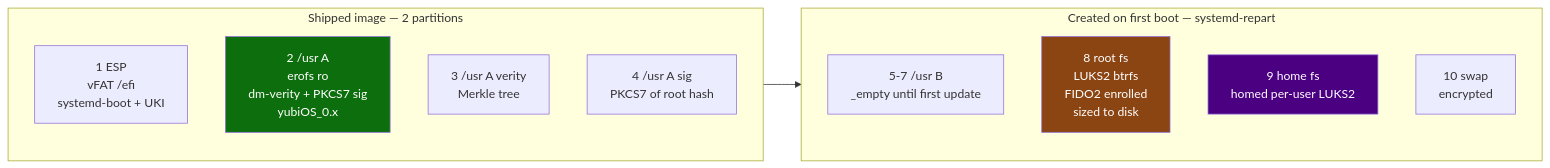
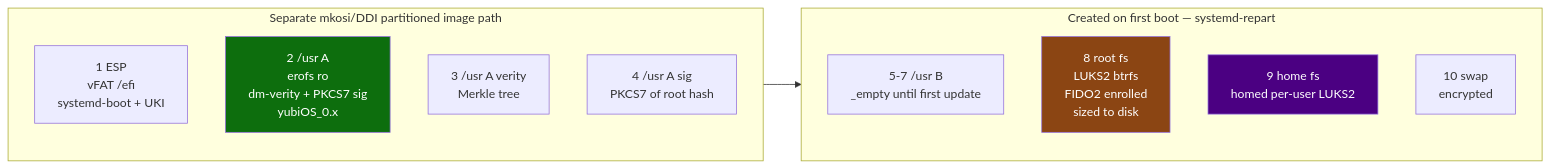
One commit to corning-croak-cable/yubiOS changed the tenth of 12 diagrams in ARCHITECTURE.md. Above: the diagram before and after it, drawn with Mermaid. The commit also changed other lines of this file and 9 other files, not shown here.

Commit message:
Document and verify bootc composefs sealing flow

````diff
--- a/ARCHITECTURE.md
+++ b/ARCHITECTURE.md
@@ -250,22 +329,22 @@
 ```mermaid
 graph LR
-    subgraph SHIP["Shipped image — 2 partitions"]
+    subgraph SHIP["Separate mkosi/DDI partitioned image path"]
         ESP["1 ESP\nvFAT /efi\nsystemd-boot + UKI"]
         USRA["2 /usr A\nerofs ro\ndm-verity + PKCS7 sig\nyubiOS_0.x"]
         VERTA["3 /usr A verity\nMerkle tree"]
         SIGA["4 /usr A sig\nPKCS7 of root hash"]
     end
 
     subgraph REPART["Created on first boot — systemd-repart"]
         USRB["5-7 /usr B\n_empty until first update"]
         ROOTFS["8 root fs\nLUKS2 btrfs\nFIDO2 enrolled\nsized to disk"]
         HOMEFS["9 home fs\nhomed per-user LUKS2"]
         SWAPFS["10 swap\nencrypted"]
     end
 
     SHIP --> REPART
 
     style USRA fill:#0d6e0d,color:#fff
     style ROOTFS fill:#8b4513,color:#fff
     style HOMEFS fill:#4b0082,color:#fff
 ```
````
